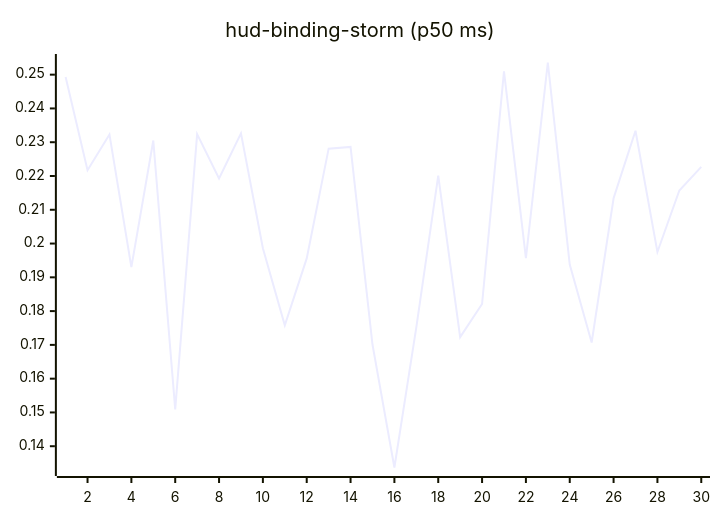
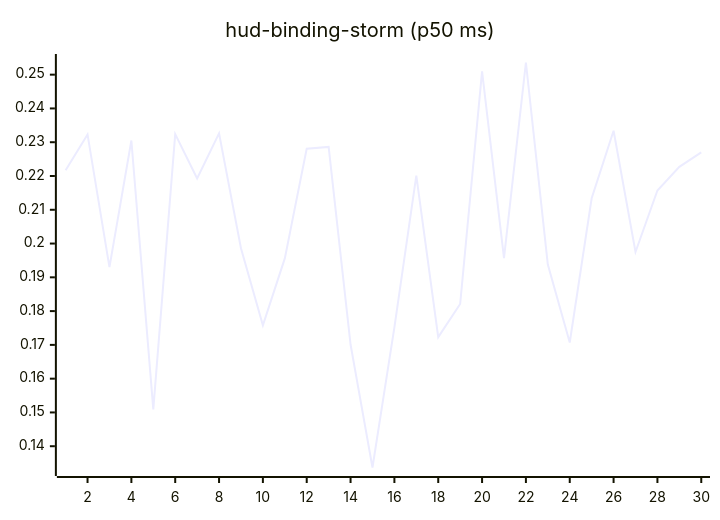
One commit to josha/Facet changed the tenth of 27 diagrams in README.md. Above: the diagram before and after it, drawn with Mermaid. The commit also changed other lines of this file and 2 other files, not shown here.

````diff
--- a/README.md
+++ b/README.md
@@ -126,6 +126,6 @@
 ```mermaid
 xychart-beta
     title "hud-binding-storm (p50 ms)"
     x-axis 1 --> 30
-    line [0.2493, 0.2217, 0.2323, 0.1930, 0.2305, 0.1509, 0.2324, 0.2193, 0.2326, 0.1986, 0.1758, 0.1956, 0.2281, 0.2286, 0.1701, 0.1337, 0.1752, 0.2201, 0.1723, 0.1821, 0.2510, 0.1957, 0.2536, 0.1938, 0.1707, 0.2134, 0.2334, 0.1975, 0.2157, 0.2227]
+    line [0.2217, 0.2323, 0.1930, 0.2305, 0.1509, 0.2324, 0.2193, 0.2326, 0.1986, 0.1758, 0.1956, 0.2281, 0.2286, 0.1701, 0.1337, 0.1752, 0.2201, 0.1723, 0.1821, 0.2510, 0.1957, 0.2536, 0.1938, 0.1707, 0.2134, 0.2334, 0.1975, 0.2157, 0.2227, 0.2270]
 ```
````
